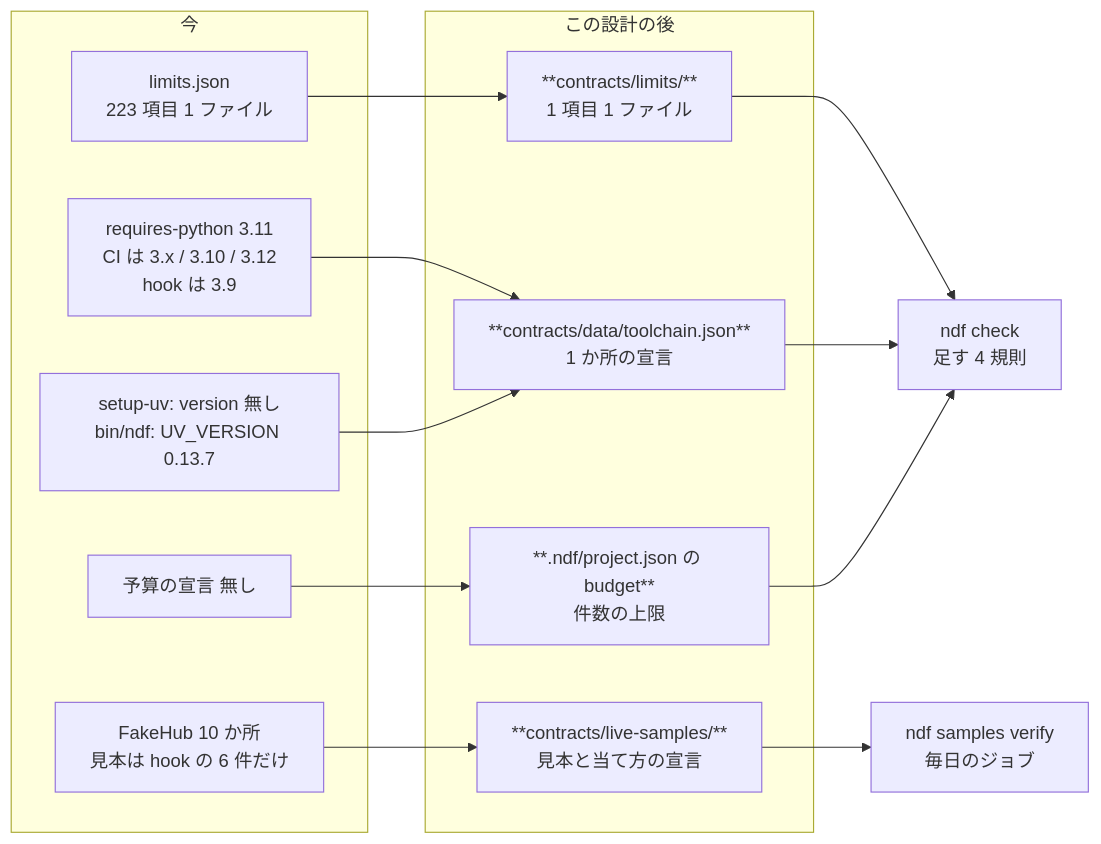
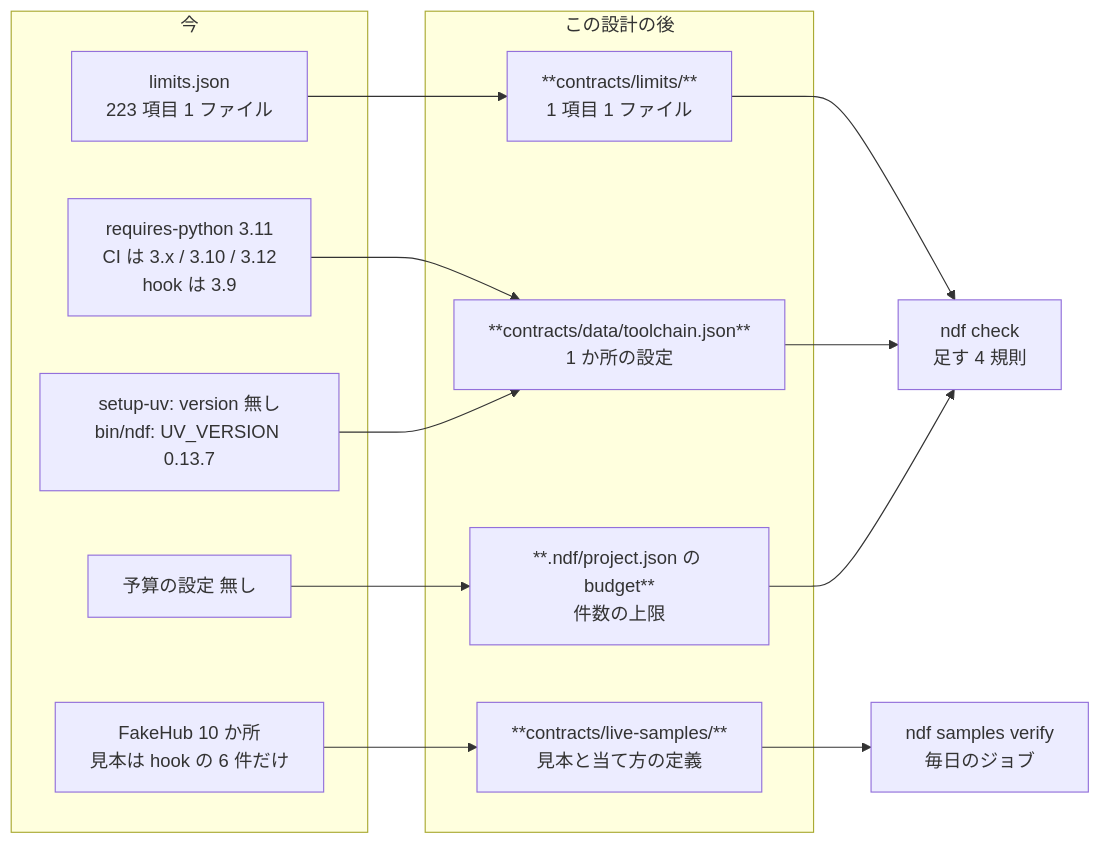
One commit to devbasex/ai-plugins changed the first of 5 diagrams in issues/issue-3687-design.md. Above: the diagram before and after it, drawn with Mermaid. The commit also changed other lines of this file and 5 other files, not shown here.

````diff
--- a/issues/issue-3687-design.md
+++ b/issues/issue-3687-design.md
@@ -11,25 +11,25 @@
 ```mermaid
 flowchart LR
   subgraph now["今"]
     L["limits.json<br/>223 項目 1 ファイル"]
     PY["requires-python 3.11<br/>CI は 3.x / 3.10 / 3.12<br/>hook は 3.9"]
     UV["setup-uv: version 無し<br/>bin/ndf: UV_VERSION 0.13.7"]
     FK["FakeHub 10 か所<br/>見本は hook の 6 件だけ"]
-    BG["予算の宣言 無し"]
+    BG["予算の設定 無し"]
   end
   subgraph after["この設計の後"]
     LD["**contracts/limits/**<br/>1 項目 1 ファイル"]
-    TC["**contracts/data/toolchain.json**<br/>1 か所の宣言"]
-    SM["**contracts/live-samples/**<br/>見本と当て方の宣言"]
+    TC["**contracts/data/toolchain.json**<br/>1 か所の設定"]
+    SM["**contracts/live-samples/**<br/>見本と当て方の定義"]
     BD["**.ndf/project.json の budget**<br/>件数の上限"]
   end
   L --> LD
   PY --> TC
   UV --> TC
   FK --> SM
   BG --> BD
   LD --> CK["ndf check<br/>足す 4 規則"]
   TC --> CK
   BD --> CK
   SM --> SV["ndf samples verify<br/>毎日のジョブ"]
 ```
````
